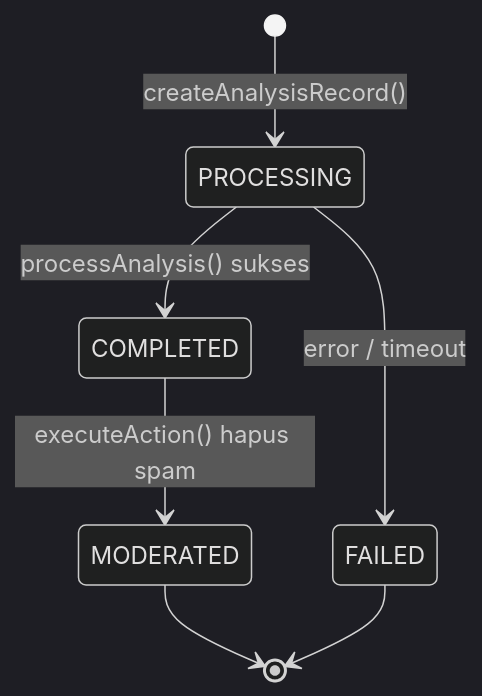
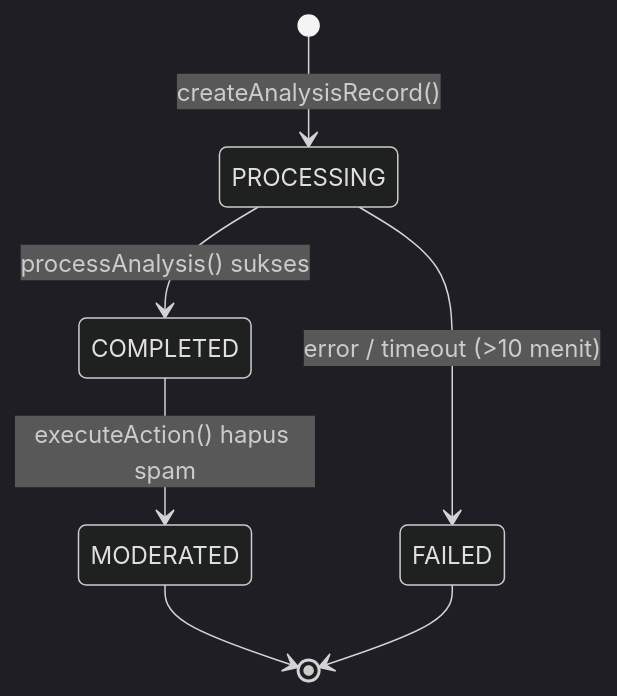
The second of 6 diagrams in docs/backend/README.md (kamaldev10/judi-guard), drawn with Mermaid (dark theme) before and after one commit. The commit also changed other lines of this file and 396 other files, not shown here.

````diff
--- a/docs/backend/README.md
+++ b/docs/backend/README.md
@@ -171,9 +271,9 @@
 ```mermaid
 stateDiagram-v2
     [*] --> PROCESSING: createAnalysisRecord()
     PROCESSING --> COMPLETED: processAnalysis() sukses
-    PROCESSING --> FAILED: error / timeout
+    PROCESSING --> FAILED: error / timeout (>10 menit)
     COMPLETED --> MODERATED: executeAction() hapus spam
     MODERATED --> [*]
     FAILED --> [*]
 ```
````
